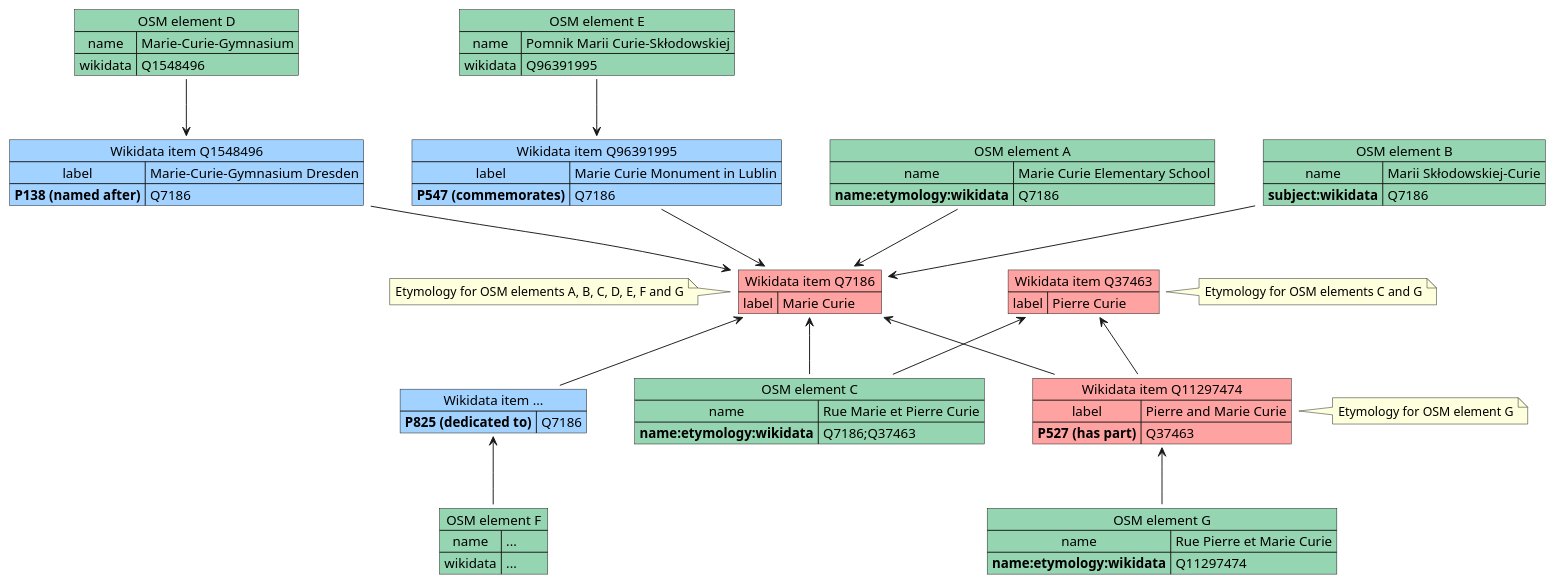
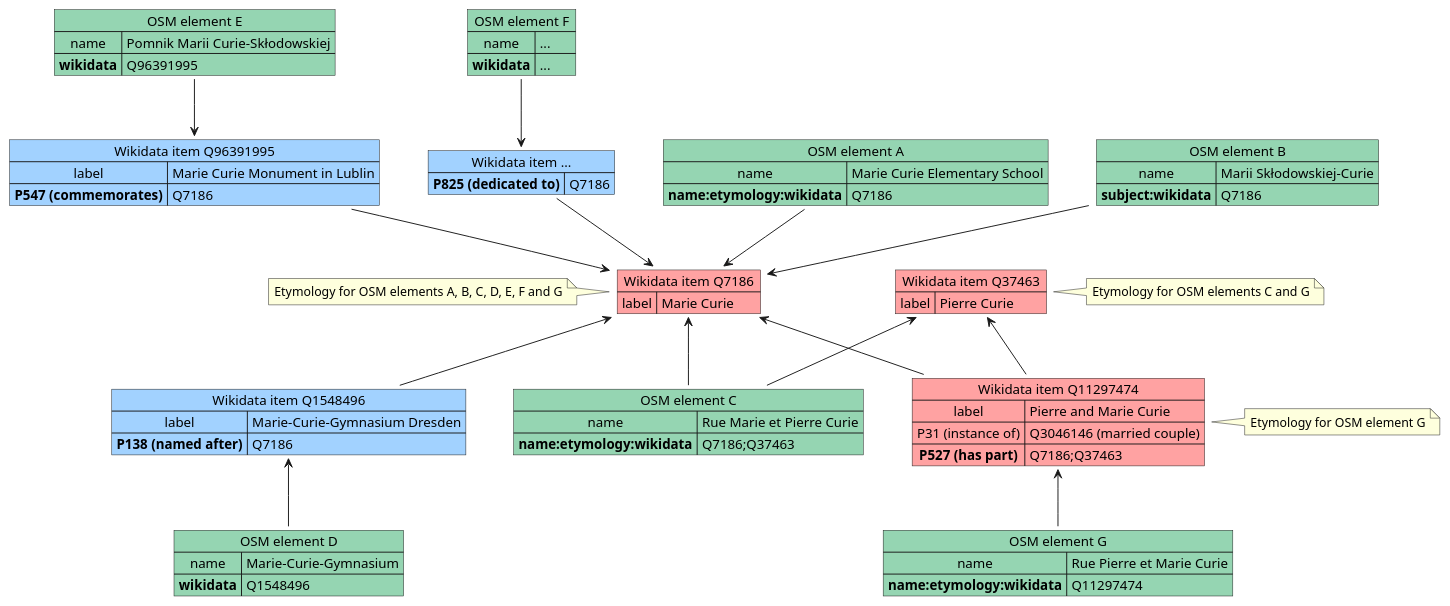
The first of 3 diagrams in CONTRIBUTING.md (Danysan1/osm-wikidata-map-framework), drawn with PlantUML before and after one commit. The commit also changed other lines of this file, not shown here.

````diff
--- a/CONTRIBUTING.md
+++ b/CONTRIBUTING.md
@@ -42,79 +42,79 @@
 ```plantuml
 @startuml
 
 map "Wikidata item Q7186" as wikia #ffa2a2 {
   label => Marie Curie
 }
 map "Wikidata item Q37463" as wikib #ffa2a2 {
   label => Pierre Curie
 }
 map "Wikidata item Q11297474" as wikic #ffa2a2 {
   label => Pierre and Marie Curie
-  **P527 (has part)** => Q7186
-  **P527 (has part)** => Q37463
+  P31 (instance of) => Q3046146 (married couple)
+  **P527 (has part)** => Q7186;Q37463
 }
 
 map "Wikidata item Q1548496" as wikid #a2d2ff {
   label => Marie-Curie-Gymnasium Dresden
   **P138 (named after)** => Q7186
 }
 map "Wikidata item Q96391995" as wikie #a2d2ff {
   label => Marie Curie Monument in Lublin
   **P547 (commemorates)** => Q7186
 }
 map "Wikidata item ..." as wikif #a2d2ff {
   **P825 (dedicated to)** => Q7186
 }
 
 map "OSM element A" as osma #95d5b2 {
   name => Marie Curie Elementary School
   **name:etymology:wikidata** => Q7186
 }
 map "OSM element B" as osmb #95d5b2 {
   name => Marii Skłodowskiej-Curie
   **subject:wikidata** => Q7186
 }
 map "OSM element C" as osmc #95d5b2 {
   name => Rue Marie et Pierre Curie
   **name:etymology:wikidata** => Q7186;Q37463
 }
 map "OSM element D" as osmd #95d5b2 {
   name => Marie-Curie-Gymnasium
-  wikidata => Q1548496
+  **wikidata** => Q1548496
 }
 map "OSM element E" as osme #95d5b2 {
   name => Pomnik Marii Curie-Skłodowskiej
-  wikidata => Q96391995
+  **wikidata** => Q96391995
 }
 map "OSM element F" as osmf #95d5b2 {
   name => ...
-  wikidata => ...
+  **wikidata** => ...
 }
 map "OSM element G" as osmg #95d5b2 {
   name => Rue Pierre et Marie Curie
   **name:etymology:wikidata** => Q11297474
 }
 
 osma --> wikia
 osmb --> wikia
 wikia <-- osmc
 wikib <-- osmc
 wikic <-- osmg
 
-osmd --> wikid
+wikid <-- osmd
 osme --> wikie
-wikif <-- osmf
+osmf --> wikif
 
 wikia <-- wikic
 wikib <-- wikic
-wikid --> wikia
+wikia <-- wikid
 wikie --> wikia
-wikia <-- wikif
+wikif --> wikia
 
 note left of wikia: Etymology for OSM elements A, B, C, D, E, F and G
 note right of wikib: Etymology for OSM elements C and G
 note right of wikic: Etymology for OSM element G
 
 
 @enduml
 ```
````
